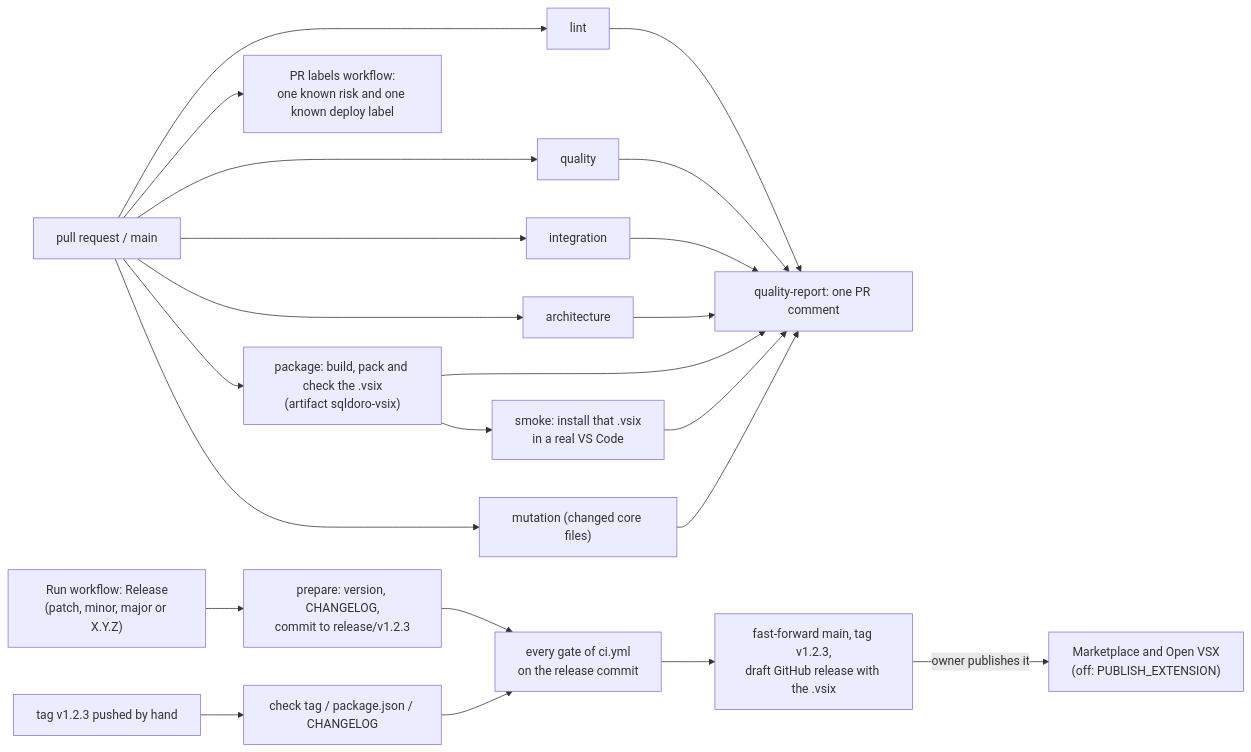
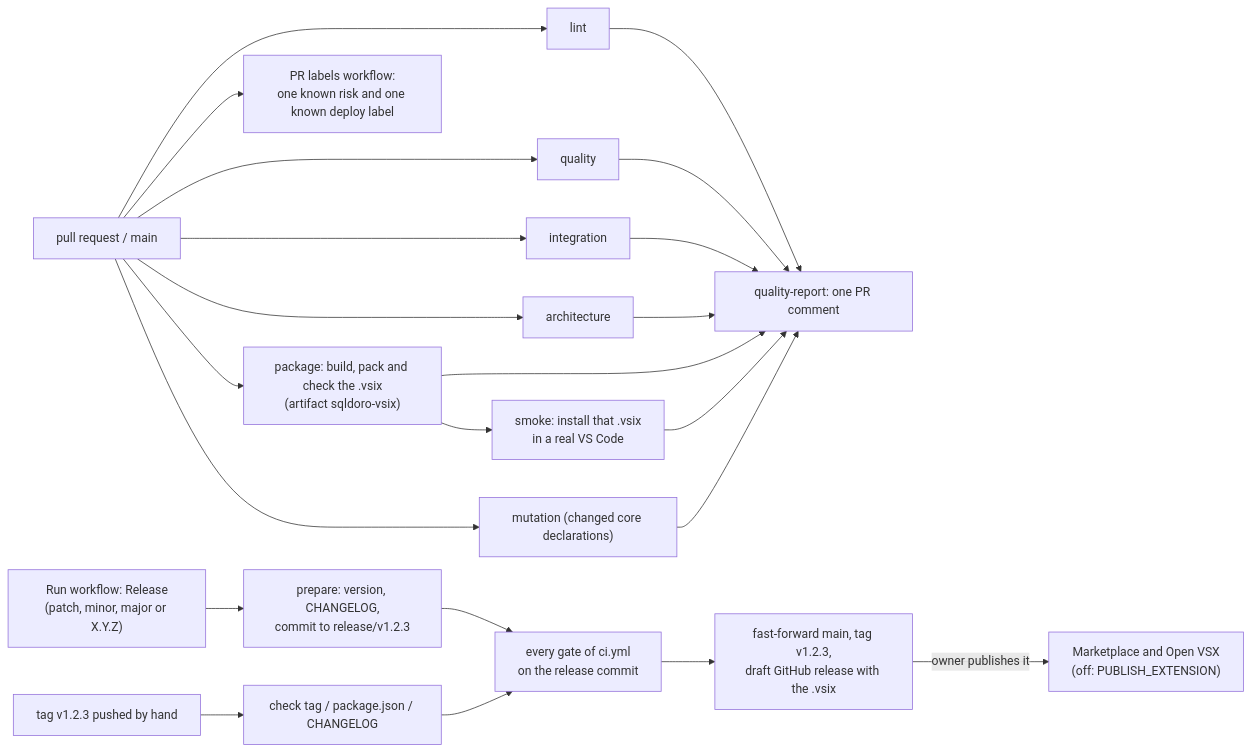
One commit to mathmed/sqldoro changed the fifth of 5 diagrams in docs/ARCHITECTURE.md. Above: the diagram before and after it, drawn with Mermaid. The commit also changed 2 other files, not shown here.

Commit message:
docs: describe the pipeline brought from py-awesome in CLAUDE.md and CONTRIBUTING.md
The commands, the deterministic validation and the gates now name the duplication check
(jscpd), the file hygiene check, the two lint conventions (no JSDoc, readonly module
collections), the contract check, mutation testing scoped to the changed declarations and
the jscpd:ignore suppression kind; the architecture diagram follows the new mutation scope.

````diff
--- a/docs/ARCHITECTURE.md
+++ b/docs/ARCHITECTURE.md
@@ -254,11 +254,11 @@
 ```mermaid
 flowchart LR
   pr["pull request / main"] --> lint & quality & integration & architecture & package
   package["package: build, pack and check the .vsix<br/>(artifact sqldoro-vsix)"] --> smoke["smoke: install that .vsix<br/>in a real VS Code"]
-  pr --> mutation["mutation (changed core files)"]
+  pr --> mutation["mutation (changed core declarations)"]
   lint & quality & integration & architecture & package & smoke & mutation --> report["quality-report: one PR comment"]
   pr --> labels["PR labels workflow:<br/>one known risk and one known deploy label"]
   run["Run workflow: Release<br/>(patch, minor, major or X.Y.Z)"] --> prepare["prepare: version, CHANGELOG,<br/>commit to release/v1.2.3"] --> gates["every gate of ci.yml<br/>on the release commit"] --> draft["fast-forward main, tag v1.2.3,<br/>draft GitHub release with the .vsix"]
   tag["tag v1.2.3 pushed by hand"] --> check["check tag / package.json / CHANGELOG"] --> gates
   draft -->|"owner publishes it"| publish["Marketplace and Open VSX<br/>(off: PUBLISH_EXTENSION)"]
 ```
````
